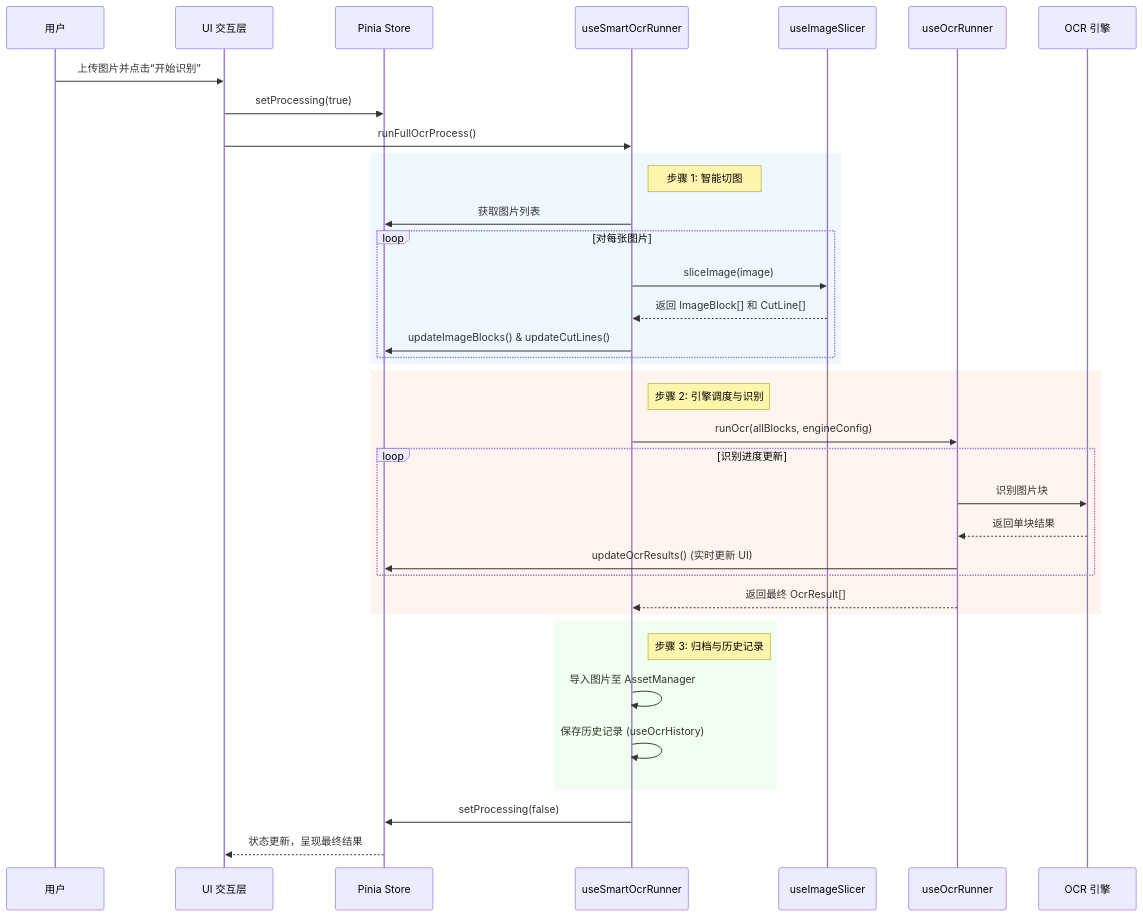
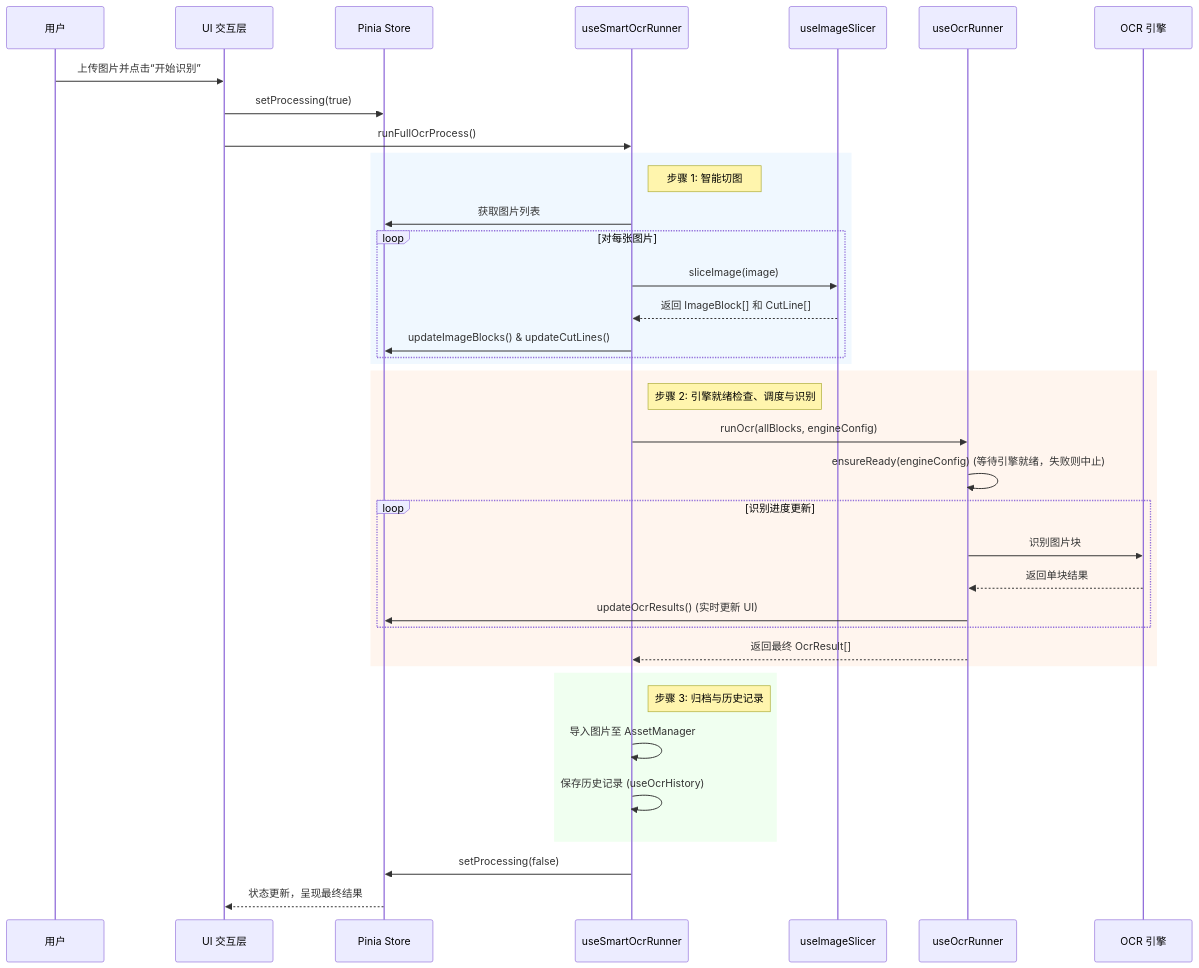
The first of 2 diagrams in src/tools/smart-ocr/ARCHITECTURE.md (miaotouy/aio-hub), drawn with Mermaid before and after one commit. The commit also changed other lines of this file and 28 other files, not shown here.

````diff
--- a/src/tools/smart-ocr/ARCHITECTURE.md
+++ b/src/tools/smart-ocr/ARCHITECTURE.md
@@ -138,44 +159,45 @@
 ```mermaid
 sequenceDiagram
     participant User as 用户
     participant UI as UI 交互层
     participant Store as Pinia Store
     participant Runner as useSmartOcrRunner
     participant Slicer as useImageSlicer
     participant Dispatcher as useOcrRunner
     participant Engine as OCR 引擎
 
     User->>UI: 上传图片并点击“开始识别”
     UI->>Store: setProcessing(true)
     UI->>Runner: runFullOcrProcess()
 
     rect rgb(240, 248, 255)
         note right of Runner: 步骤 1: 智能切图
         Runner->>Store: 获取图片列表
         loop 对每张图片
             Runner->>Slicer: sliceImage(image)
             Slicer-->>Runner: 返回 ImageBlock[] 和 CutLine[]
             Runner->>Store: updateImageBlocks() & updateCutLines()
         end
     end
 
     rect rgb(255, 245, 238)
-        note right of Runner: 步骤 2: 引擎调度与识别
+        note right of Runner: 步骤 2: 引擎就绪检查、调度与识别
         Runner->>Dispatcher: runOcr(allBlocks, engineConfig)
+        Dispatcher->>Dispatcher: ensureReady(engineConfig) (等待引擎就绪，失败则中止)
         loop 识别进度更新
             Dispatcher->>Engine: 识别图片块
             Engine-->>Dispatcher: 返回单块结果
             Dispatcher->>Store: updateOcrResults() (实时更新 UI)
         end
         Dispatcher-->>Runner: 返回最终 OcrResult[]
     end
 
     rect rgb(240, 255, 240)
         note right of Runner: 步骤 3: 归档与历史记录
         Runner->>Runner: 导入图片至 AssetManager
         Runner->>Runner: 保存历史记录 (useOcrHistory)
     end
 
     Runner->>Store: setProcessing(false)
     Store-->>UI: 状态更新，呈现最终结果
 ```
````
